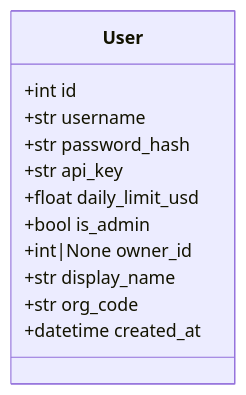
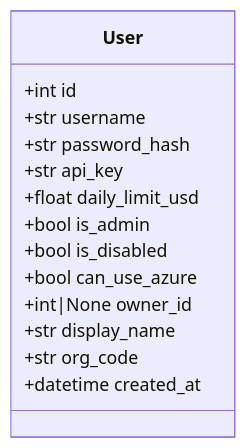
The second of 3 diagrams in app/models/README.md (bwinken/llm-gateway), drawn with Mermaid before and after one commit. The commit also changed other lines of this file and 28 other files, not shown here.

````diff
--- a/app/models/README.md
+++ b/app/models/README.md
@@ -57,15 +59,17 @@
 ```mermaid
 classDiagram
     class User {
         +int id
         +str username
         +str password_hash
         +str api_key
         +float daily_limit_usd
         +bool is_admin
+        +bool is_disabled
+        +bool can_use_azure
         +int|None owner_id
         +str display_name
         +str org_code
         +datetime created_at
     }
 ```
````
